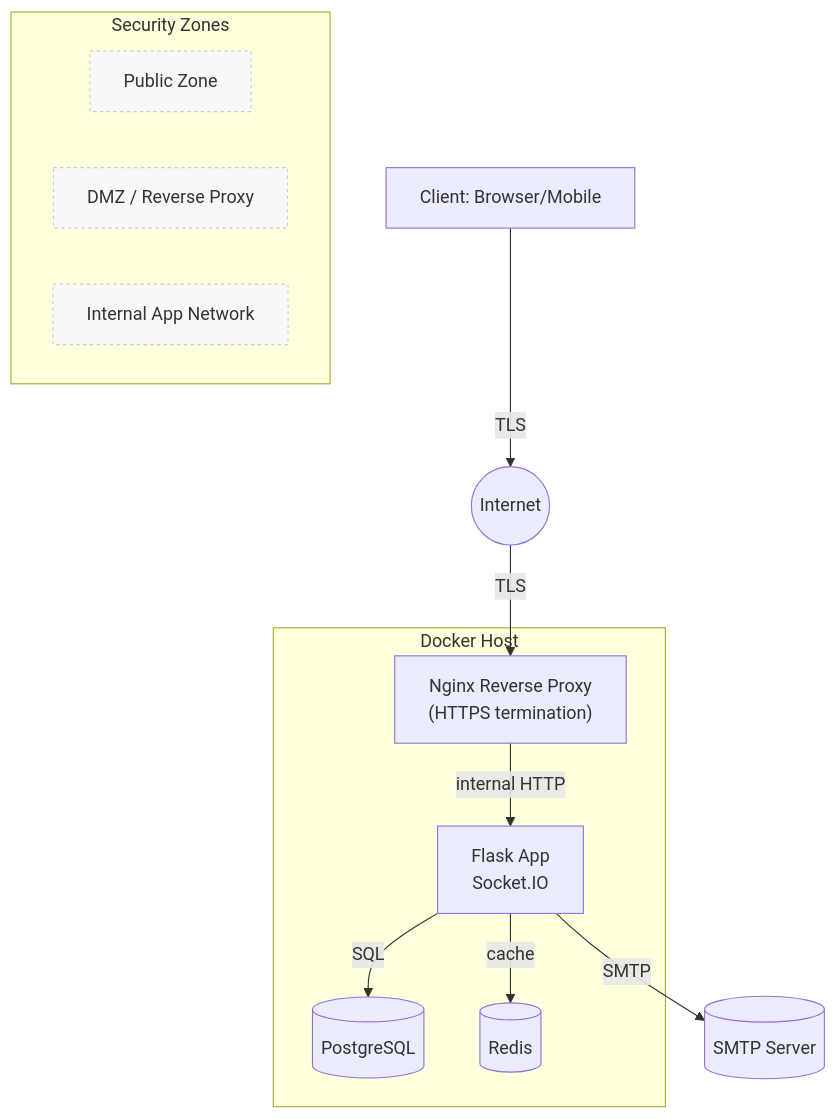
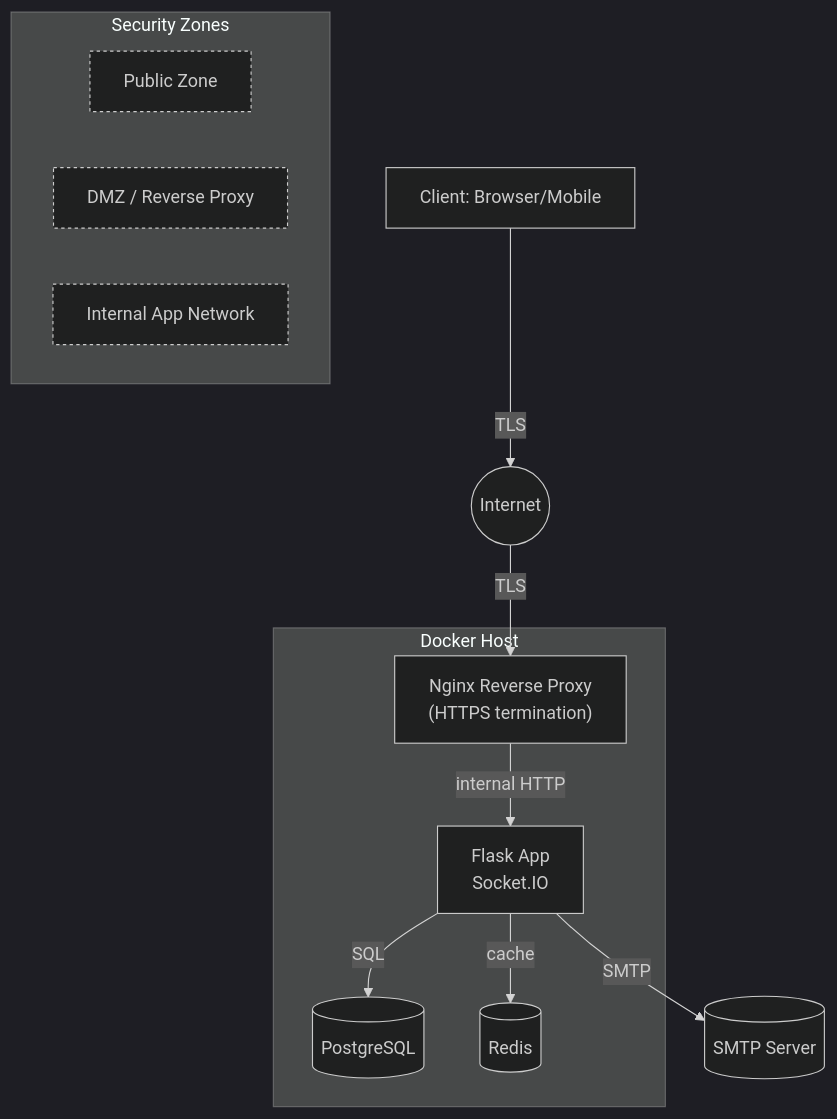
Before and after one commit to AdasRakieta/Site_proj: the diagram in Inzynierka/12_ZALACZNIKI/diagramy/network_topology.mmd, drawn with Mermaid. The commit also changed 7 other files, not shown here.

Commit message:
zmiana stylów diagramów

```diff
--- a/Inzynierka/12_ZALACZNIKI/diagramy/network_topology.mmd
+++ b/Inzynierka/12_ZALACZNIKI/diagramy/network_topology.mmd
@@ -1,31 +1,35 @@
+---
+config:
+  theme: dark
+---
 graph TD
   Client1["Client: Browser/Mobile"]
   Internet(("Internet"))
   RevProxy["Nginx Reverse Proxy<br/>(HTTPS termination)"]
   App["Flask App<br/>Socket.IO"]
   DB[("PostgreSQL")]
   Cache[("Redis")]
   SMTP[("SMTP Server")]
 
   Client1 -->|TLS| Internet
   Internet -->|TLS| RevProxy
   RevProxy -->|internal HTTP| App
   App -->|SQL| DB
   App -->|cache| Cache
   App -->|SMTP| SMTP
 
   subgraph DockerHost[Docker Host]
     RevProxy
     App
     DB
     Cache
   end
 
   subgraph SecurityZones[Security Zones]
     Z1[Public Zone]
     Z2[DMZ / Reverse Proxy]
     Z3[Internal App Network]
   end
 
-  classDef zone fill:#f8f8f8,stroke:#ccc,stroke-dasharray:3
+  classDef zone fill:#f8sf8f8,stroke:#ccc,stroke-dasharray:3
   class Z1,Z2,Z3 zone
```
